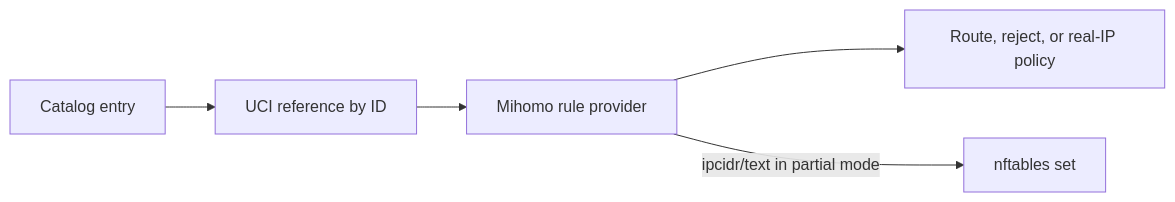
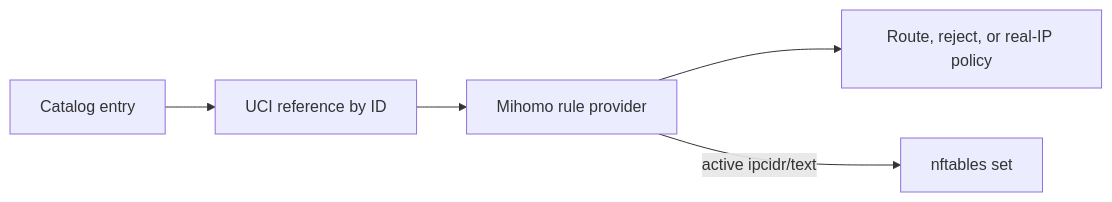
The diagram in info/guides/rulesets.md (SaltyMonkey/justclash), drawn with Mermaid before and after one commit. The commit also changed other lines of this file and 17 other files, not shown here.

````diff
--- a/info/guides/rulesets.md
+++ b/info/guides/rulesets.md
@@ -9,7 +9,7 @@
 ```mermaid
 flowchart LR
     Catalog[Catalog entry] --> Reference[UCI reference by ID]
     Reference --> Provider[Mihomo rule provider]
     Provider --> Policy[Route, reject, or real-IP policy]
-    Provider -->|ipcidr/text in partial mode| Nft[nftables set]
+    Provider -->|active ipcidr/text| Nft[nftables set]
 ```
````
